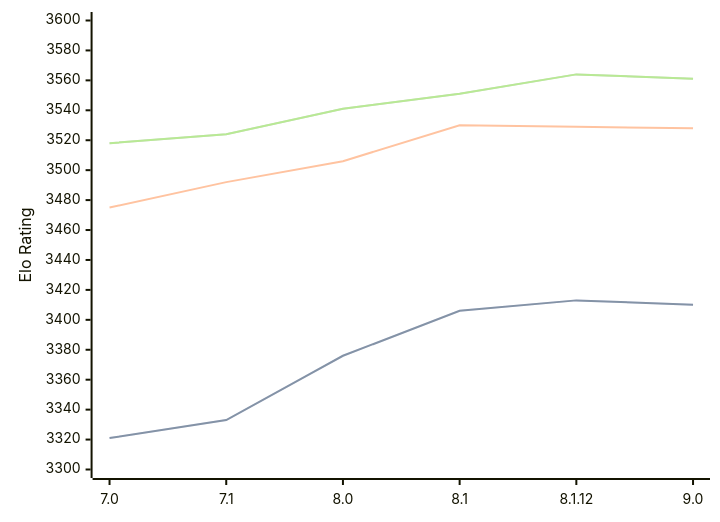
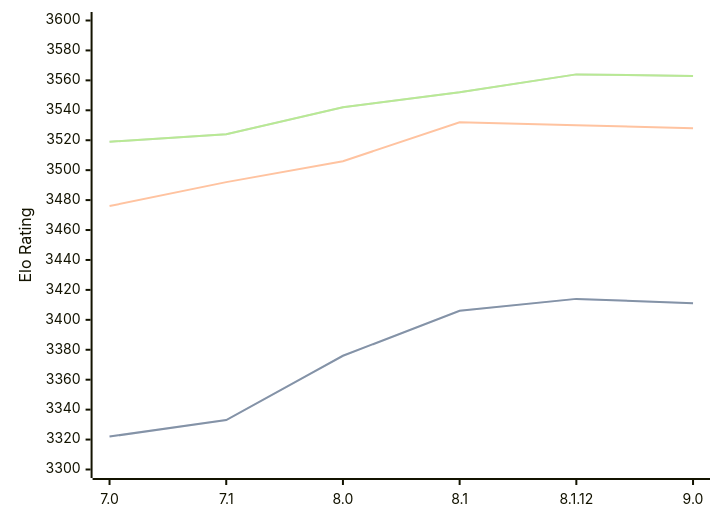
One commit to computer-chess-index/cci changed the diagram in engines/Alexandria.md. Above: the diagram before and after it, drawn with Mermaid. The commit also changed other lines of this file, not shown here.

Commit message:
Update CCI Ratings (ELO VLTC) - 2026-05-21

````diff
--- a/engines/Alexandria.md
+++ b/engines/Alexandria.md
@@ -55,11 +55,11 @@
 ```mermaid
 %%{init: {"theme":"base","themeVariables":{"seriesColors:['#a3a3a3','#222221','#faa371']}}}%%
 xychart-beta
   x-axis ["7.0", "7.1", "8.0", "8.1", "8.1.12", "9.0"]
   y-axis "Elo Rating" 3300 --> 3600
-  line "STC (8.0+0.08s)" [3321, 3333, 3376, 3406, 3413, 3410]
-  line "STC (8.0+0.08s)" [3321, 3333, 3376, 3406, 3413, 3410]
-  line "LTC (60.0+0.60s)" [3475, 3492, 3506, 3530, 3529, 3528]
-  line "VLTC (2m24s+1.12s)" [3518, 3524, 3541, 3551, 3564, 3561]
-  line "VLTC (2m24s+1.12s)" [3518, 3524, 3541, 3551, 3564, 3561]
+  line "STC (8.0+0.08s)" [3322, 3333, 3376, 3406, 3414, 3411]
+  line "STC (8.0+0.08s)" [3322, 3333, 3376, 3406, 3414, 3411]
+  line "LTC (60.0+0.60s)" [3476, 3492, 3506, 3532, 3530, 3528]
+  line "VLTC (2m24s+1.12s)" [3519, 3524, 3542, 3552, 3564, 3563]
+  line "VLTC (2m24s+1.12s)" [3519, 3524, 3542, 3552, 3564, 3563]
 ```
````
